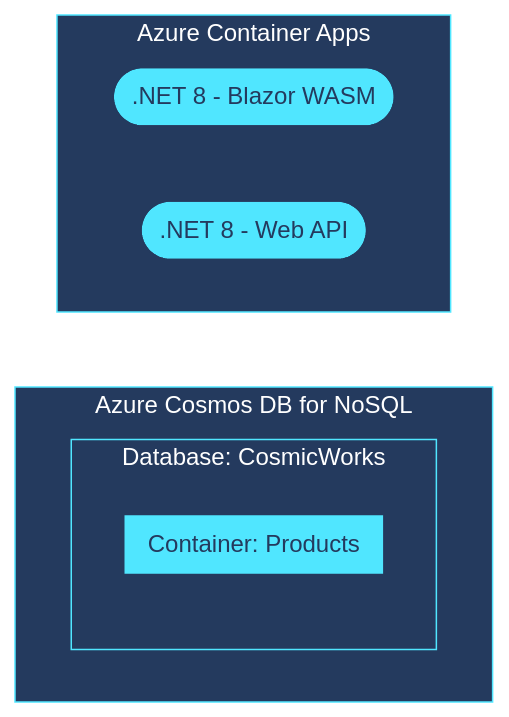
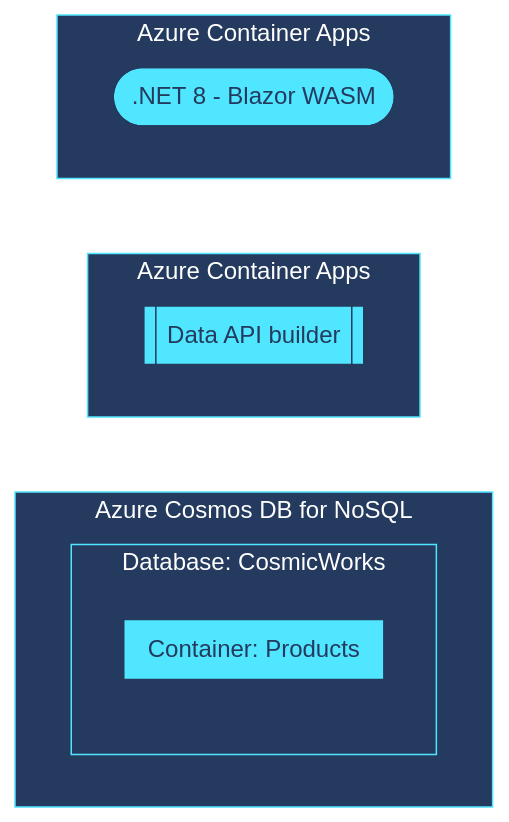
The diagram in readme.md (Azure-Samples/dab-azure-cosmos-db-nosql-quickstart), drawn with Mermaid before and after one commit. The commit also changed other lines of this file and 18 other files, not shown here.

````diff
--- a/readme.md
+++ b/readme.md
@@ -66,15 +66,18 @@
 ```mermaid
 %%{ init: { 'theme': 'base', 'themeVariables': { 'background': '#243A5E', 'primaryColor': '#50E6FF', 'primaryBorderColor': '#243A5E', 'tertiaryBorderColor': '#50E6FF', 'tertiaryColor': '#243A5E', 'fontFamily': 'Segoe UI', 'lineColor': '#FFFFFF', 'primaryTextColor': '#243A5E', 'tertiaryTextColor': '#FFFFFF' } }}%%
 flowchart TB
     subgraph web-app[Azure Container Apps]
         app-framework([.NET 8 - Blazor WASM])
-        api-framework([.NET 8 - Web API])
+    end
+    subgraph data-api-builder[Azure Container Apps]
+        api-framework[[Data API builder]]
     end
     subgraph azure-cosmos-db-nosql[Azure Cosmos DB for NoSQL]
-        subgraph database-adventureworkslt[Database: CosmicWorks]
-            subgraph container-product[Container: Products]
+        subgraph database-cosmicworks[Database: CosmicWorks]
+            subgraph container-products[Container: Products]
             end
         end
     end
-    web-app --> azure-cosmos-db-nosql
+    web-app --> data-api-builder
+    data-api-builder --> azure-cosmos-db-nosql
 ```
````
